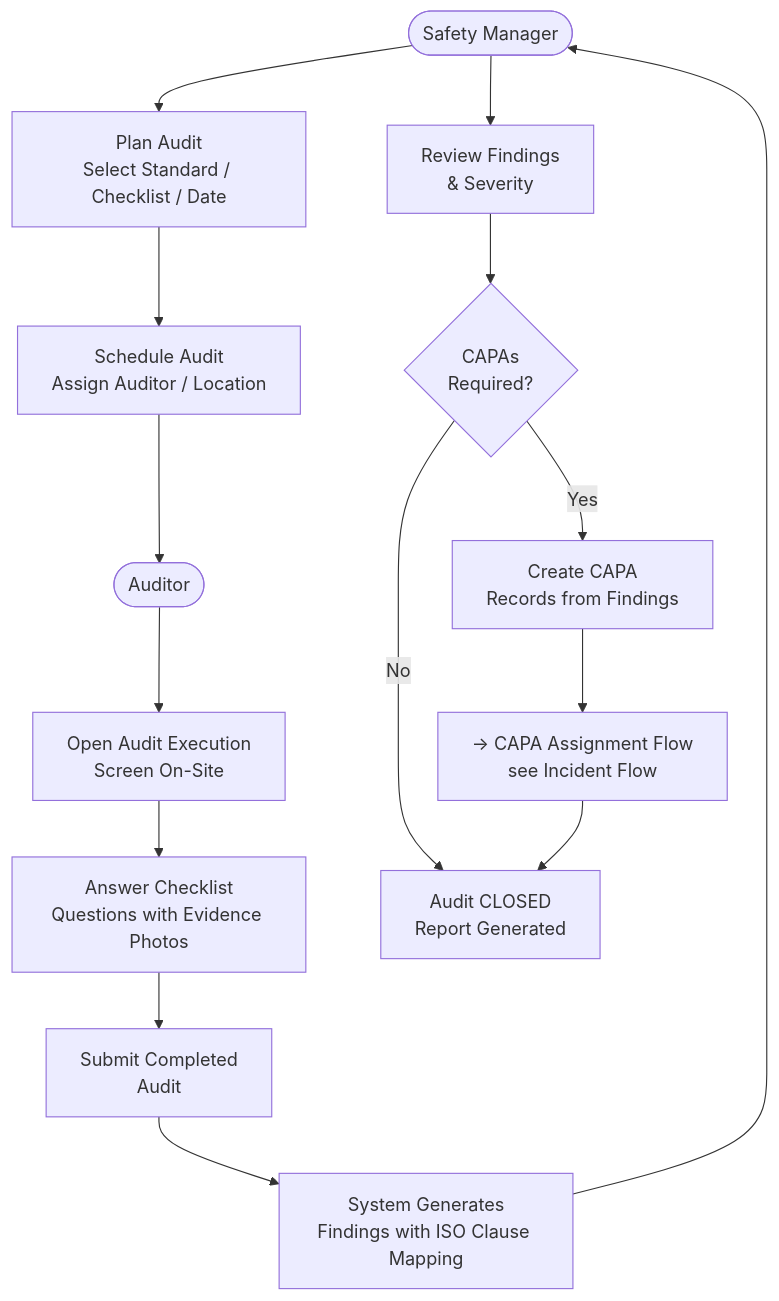
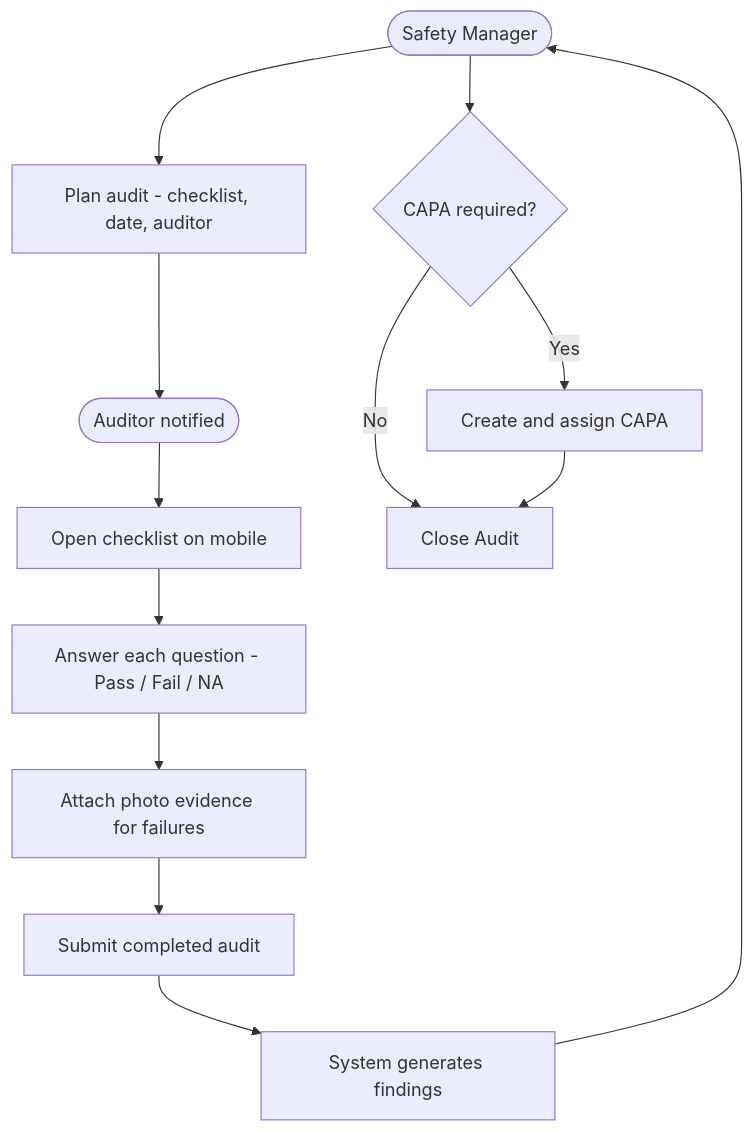
The fifth of 10 diagrams in docs/diagrams/user_flow_diagram.md (Nandan222001/health_smart_engage), drawn with Mermaid before and after one commit. The commit also changed other lines of this file and 15 other files, not shown here.

First line of the commit message:
fix: repair Mermaid rendering errors across all diagram files

````diff
--- a/docs/diagrams/user_flow_diagram.md
+++ b/docs/diagrams/user_flow_diagram.md
@@ -154,22 +134,15 @@
 ```mermaid
 flowchart TD
-    SM([Safety Manager]) --> AUDIT_PLAN[Plan Audit\nSelect Standard / Checklist / Date]
-    AUDIT_PLAN --> SCHEDULE[Schedule Audit\nAssign Auditor / Location]
-    SCHEDULE --> AUDITOR([Auditor])
-
-    AUDITOR --> EXECUTE[Open Audit Execution\nScreen On-Site]
-    EXECUTE --> QUESTIONS[Answer Checklist\nQuestions with Evidence Photos]
-    QUESTIONS --> SUBMIT_AUDIT[Submit Completed\nAudit]
-
-    SUBMIT_AUDIT --> FINDINGS[System Generates\nFindings with ISO Clause Mapping]
+    SM([Safety Manager]) --> PLAN[Plan audit - checklist, date, auditor]
+    PLAN --> AUDITOR([Auditor notified])
+    AUDITOR --> EXECUTE[Open checklist on mobile]
+    EXECUTE --> ANSWER[Answer each question - Pass / Fail / NA]
+    ANSWER --> EVIDENCE_A[Attach photo evidence for failures]
+    EVIDENCE_A --> COMPLETE[Submit completed audit]
+    COMPLETE --> FINDINGS[System generates findings]
     FINDINGS --> SM
-
-    SM --> REVIEW_FINDINGS[Review Findings\n& Severity]
-    REVIEW_FINDINGS --> CAPA_Q{CAPAs\nRequired?}
-
-    CAPA_Q -->|Yes| CAPA_CREATE[Create CAPA\nRecords from Findings]
-    CAPA_CREATE --> CAPA_FLOW[→ CAPA Assignment Flow\nsee Incident Flow]
-
-    CAPA_Q -->|No| AUDIT_CLOSED[Audit CLOSED\nReport Generated]
-    CAPA_FLOW --> AUDIT_CLOSED
+    SM --> CAPA_A{CAPA required?}
+    CAPA_A -->|Yes| CREATE_CAPA[Create and assign CAPA]
+    CAPA_A -->|No| CLOSE_AUDIT[Close Audit]
+    CREATE_CAPA --> CLOSE_AUDIT
 ```
````
